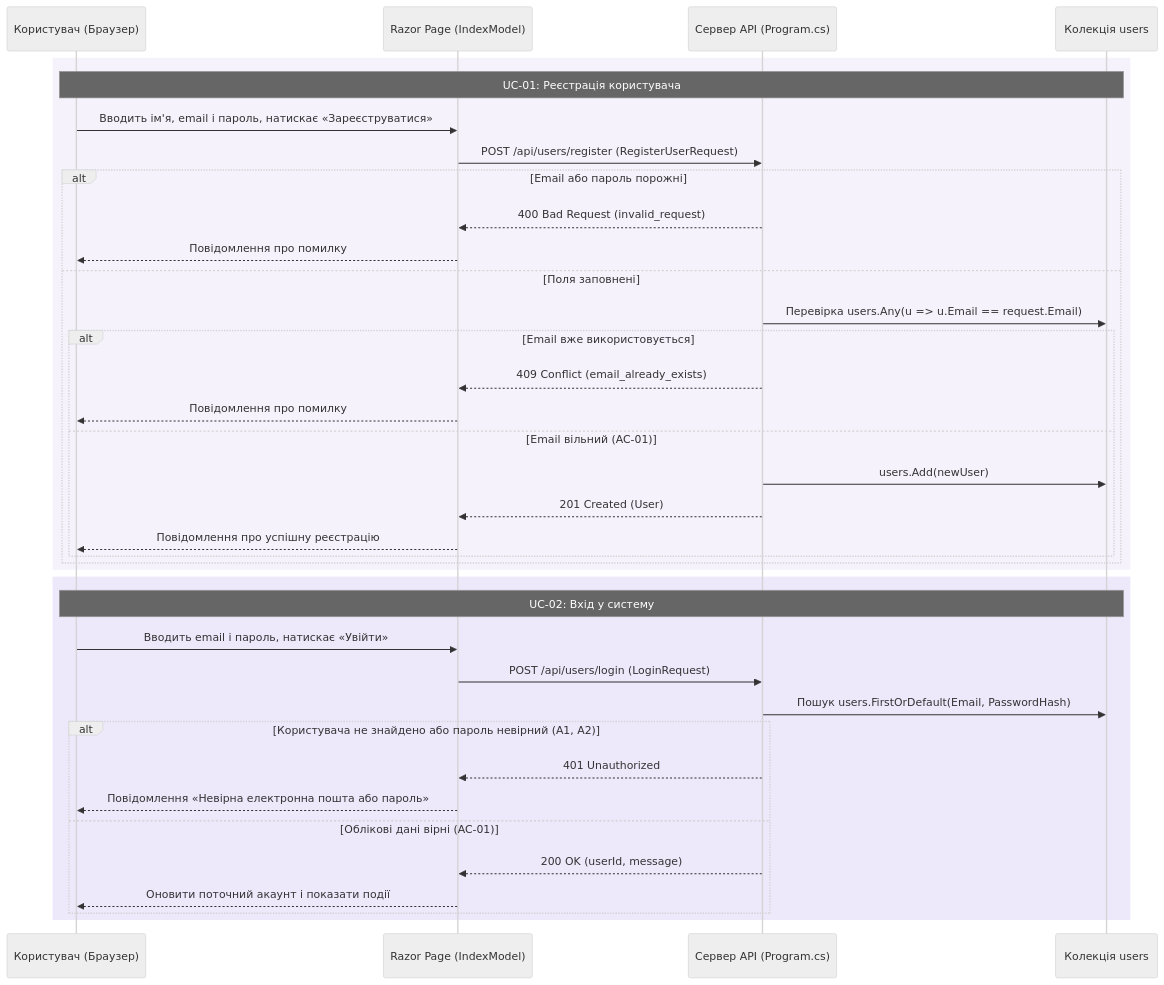
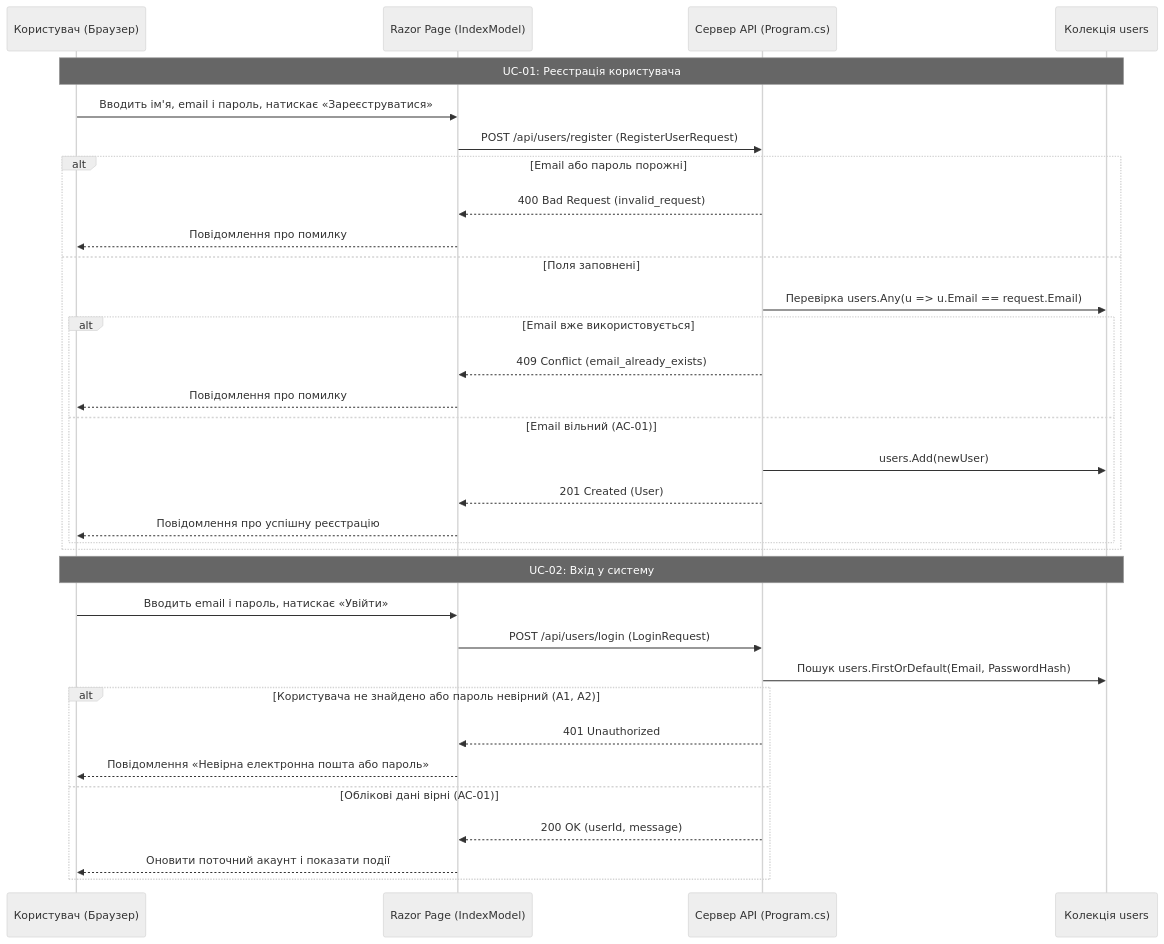
The diagram in docs/models/sequences/UC-02-tkachenko.md (Fidloc/Group1_TR_43), drawn with Mermaid (neutral theme) before and after one commit. The commit also changed other lines of this file, not shown here.

Commit message:
Прибрано світлий фон rect у діаграмі UC-02 для темної теми GitHub

````diff
--- a/docs/models/sequences/UC-02-tkachenko.md
+++ b/docs/models/sequences/UC-02-tkachenko.md
@@ -5,41 +5,37 @@
 ```mermaid
 sequenceDiagram
     participant U as Користувач (Браузер)
     participant P as Razor Page (IndexModel)
     participant S as Сервер API (Program.cs)
     participant M as Колекція users
 
-    rect rgb(245, 242, 252)
     Note over U,M: UC-01: Реєстрація користувача
     U->>P: Вводить ім'я, email і пароль, натискає «Зареєструватися»
     P->>S: POST /api/users/register (RegisterUserRequest)
     alt Email або пароль порожні
         S-->>P: 400 Bad Request (invalid_request)
         P-->>U: Повідомлення про помилку
     else Поля заповнені
         S->>M: Перевірка users.Any(u => u.Email == request.Email)
         alt Email вже використовується
             S-->>P: 409 Conflict (email_already_exists)
             P-->>U: Повідомлення про помилку
         else Email вільний (AC-01)
             S->>M: users.Add(newUser)
             S-->>P: 201 Created (User)
             P-->>U: Повідомлення про успішну реєстрацію
         end
     end
-    end
 
-    rect rgb(238, 232, 251)
     Note over U,M: UC-02: Вхід у систему
     U->>P: Вводить email і пароль, натискає «Увійти»
     P->>S: POST /api/users/login (LoginRequest)
     S->>M: Пошук users.FirstOrDefault(Email, PasswordHash)
     alt Користувача не знайдено або пароль невірний (A1, A2)
         S-->>P: 401 Unauthorized
         P-->>U: Повідомлення «Невірна електронна пошта або пароль»
     else Облікові дані вірні (AC-01)
         S-->>P: 200 OK (userId, message)
         P-->>U: Оновити поточний акаунт і показати події
     end
-    end
 ```
````
